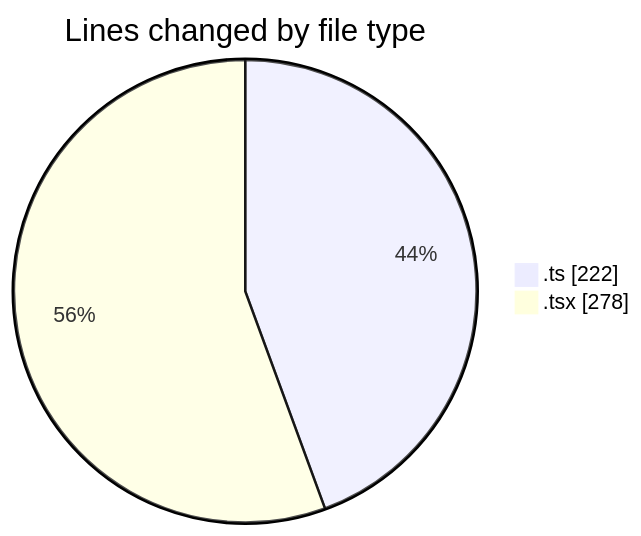
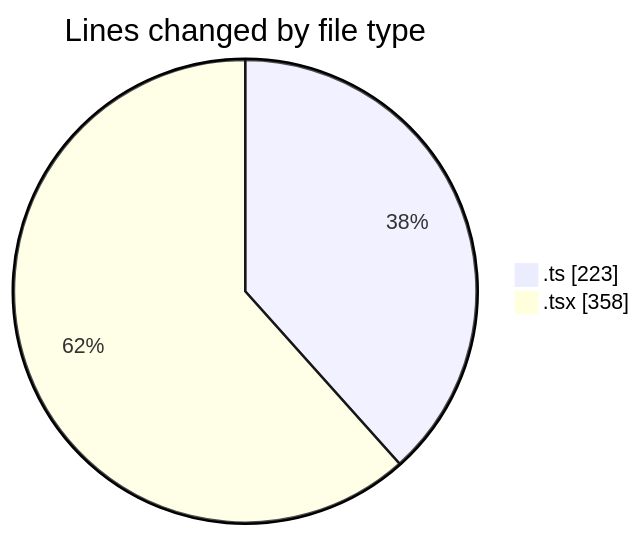
Before and after one commit to julien-gomy/code-tracking: the first of 2 diagrams in 2025-11-10/eventscop-frontend-guide__workspace_/README.md, drawn with Mermaid. The commit also changed other lines of this file and 1 other file, not shown here.

````diff
--- a/2025-11-10/eventscop-frontend-guide__workspace_/README.md
+++ b/2025-11-10/eventscop-frontend-guide__workspace_/README.md
@@ -22,6 +22,6 @@
 ```mermaid
 pie showData
 title Lines changed by file type
-".ts" : 222
-".tsx" : 278
+".ts" : 223
+".tsx" : 358
 ```
````
